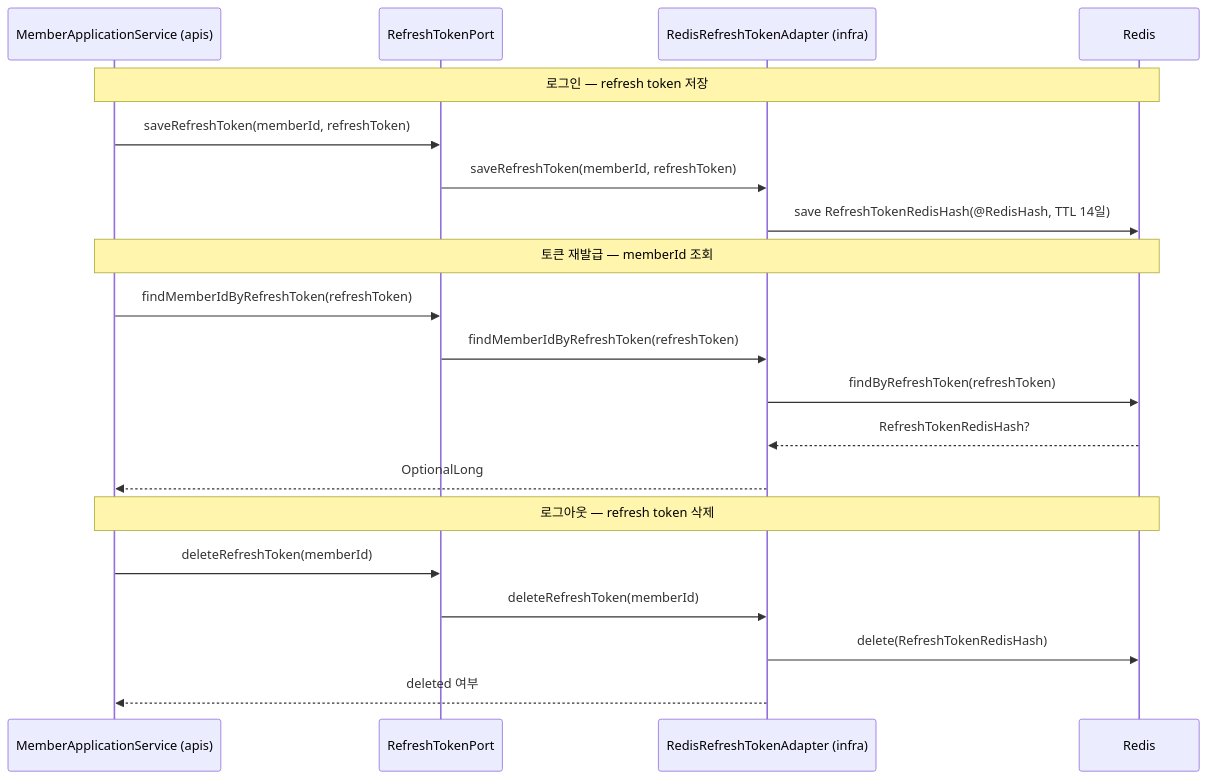
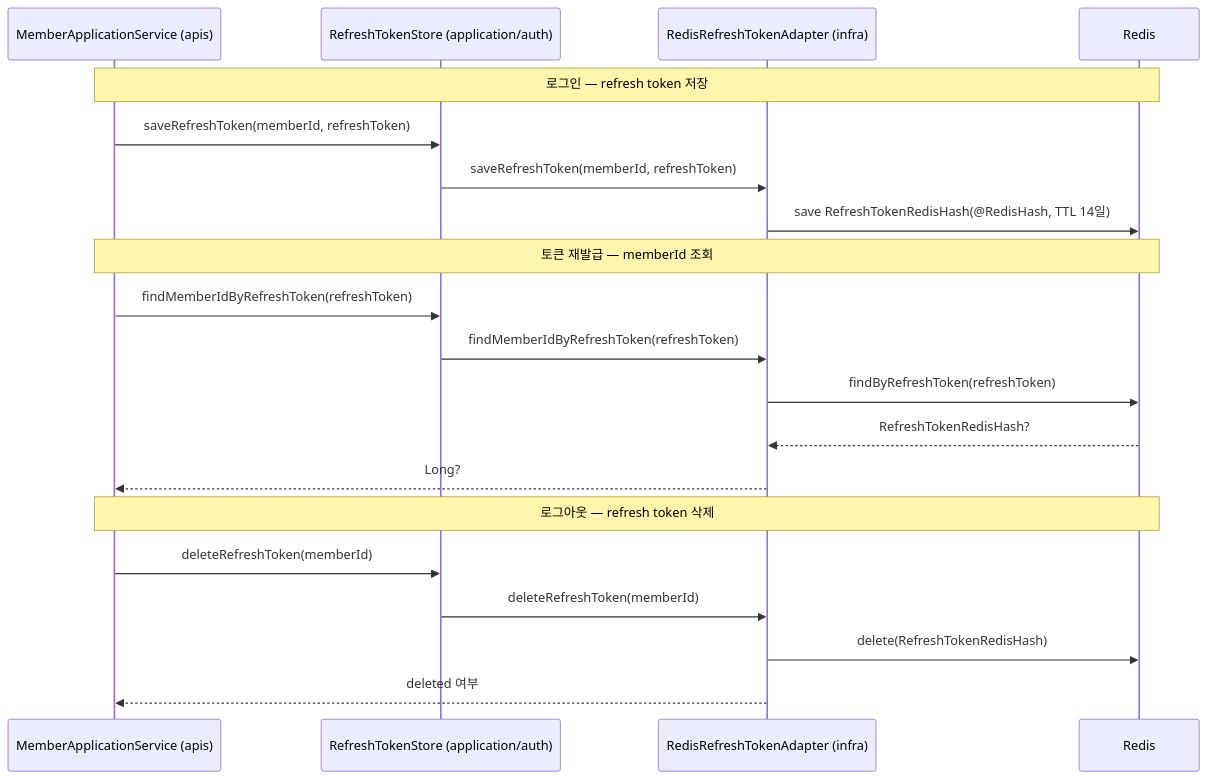
The fourth of 4 diagrams in gateway/README.md (TEAM-BEAT/BEAT-SERVER), drawn with Mermaid before and after one commit. The commit also changed other lines of this file and 4 other files, not shown here.

````diff
--- a/gateway/README.md
+++ b/gateway/README.md
@@ -256,25 +249,25 @@
 ```mermaid
 sequenceDiagram
     participant App as MemberApplicationService (apis)
-    participant Port as RefreshTokenPort
+    participant Port as RefreshTokenStore (application/auth)
     participant Adapter as RedisRefreshTokenAdapter (infra)
     participant Redis as Redis
 
     Note over App,Redis: 로그인 — refresh token 저장
     App->>Port: saveRefreshToken(memberId, refreshToken)
     Port->>Adapter: saveRefreshToken(memberId, refreshToken)
     Adapter->>Redis: save RefreshTokenRedisHash(@RedisHash, TTL 14일)
 
     Note over App,Redis: 토큰 재발급 — memberId 조회
     App->>Port: findMemberIdByRefreshToken(refreshToken)
     Port->>Adapter: findMemberIdByRefreshToken(refreshToken)
     Adapter->>Redis: findByRefreshToken(refreshToken)
     Redis-->>Adapter: RefreshTokenRedisHash?
-    Adapter-->>App: OptionalLong
+    Adapter-->>App: Long?
 
     Note over App,Redis: 로그아웃 — refresh token 삭제
     App->>Port: deleteRefreshToken(memberId)
     Port->>Adapter: deleteRefreshToken(memberId)
     Adapter->>Redis: delete(RefreshTokenRedisHash)
     Adapter-->>App: deleted 여부
 ```
````
